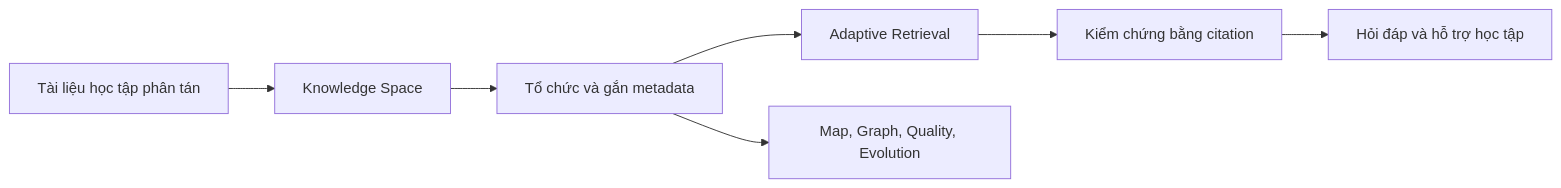
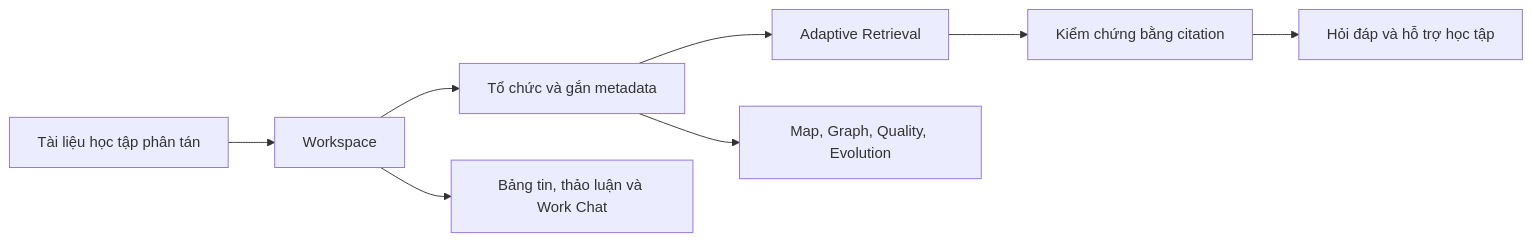
The first of 3 diagrams in docs/thesis/03-thiet-ke-he-thong/bao-cao-so-sanh-rag-chatbot-va-ai-knowledge-platform-unichat.md (Hiep0718/unichat), drawn with Mermaid before and after one commit. The commit also changed other lines of this file and 13 other files, not shown here.

Commit message:
docs(thesis): update system design diagrams and references

````diff
--- a/docs/thesis/03-thiet-ke-he-thong/bao-cao-so-sanh-rag-chatbot-va-ai-knowledge-platform-unichat.md
+++ b/docs/thesis/03-thiet-ke-he-thong/bao-cao-so-sanh-rag-chatbot-va-ai-knowledge-platform-unichat.md
@@ -58,9 +67,10 @@
 ```mermaid
 flowchart LR
-    Source["Tài liệu học tập phân tán"] --> Space["Knowledge Space"]
+    Source["Tài liệu học tập phân tán"] --> Space["Workspace"]
     Space --> Organize["Tổ chức và gắn metadata"]
     Organize --> Retrieve["Adaptive Retrieval"]
     Retrieve --> Verify["Kiểm chứng bằng citation"]
     Verify --> Learn["Hỏi đáp và hỗ trợ học tập"]
+    Space --> Community["Bảng tin, thảo luận và Work Chat"]
     Organize --> Future["Map, Graph, Quality, Evolution"]
 ```
````
